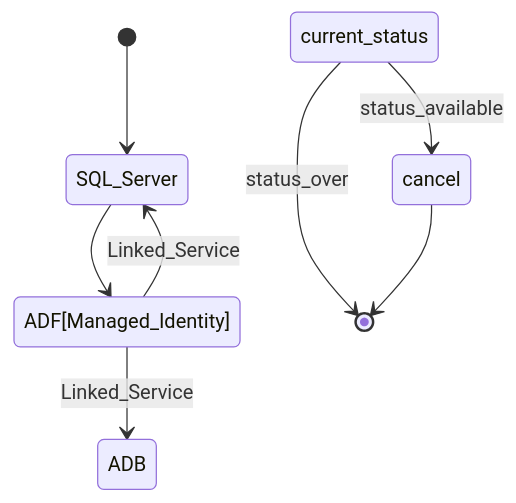
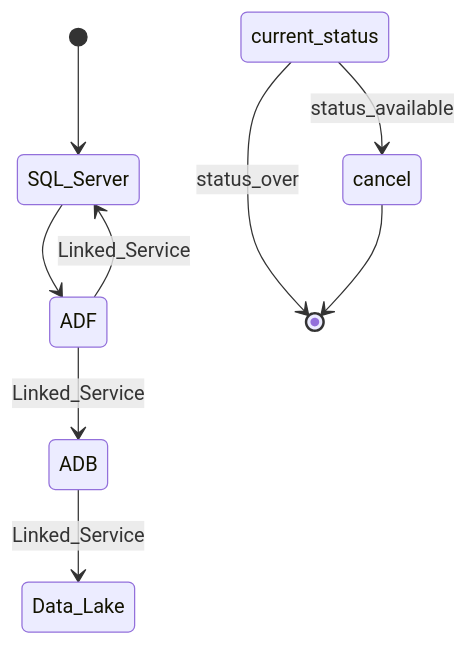
One commit to vijganji99/strada-DE-Infra changed the diagram in README.md. Above: the diagram before and after it, drawn with Mermaid.

````diff
--- a/README.md
+++ b/README.md
@@ -16,10 +16,11 @@
 ```mermaid
 stateDiagram-v2
     [*] --> SQL_Server
-    SQL_Server --> ADF[Managed_Identity]
-ADF[Managed_Identity] --> SQL_Server:Linked_Service
-    ADF[Managed_Identity] --> ADB:Linked_Service
+    SQL_Server --> ADF
+    ADF --> SQL_Server:Linked_Service
+    ADF --> ADB:Linked_Service
+    ADB --> Data_Lake:Linked_Service
     current_status --> cancel: status_available
     current_status --> [*]: status_over
     cancel --> [*]
 ```
````
